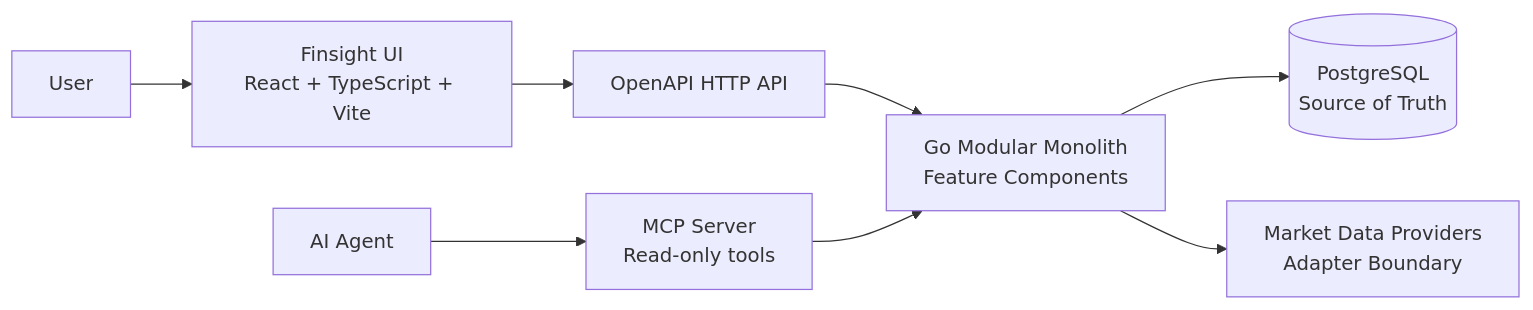
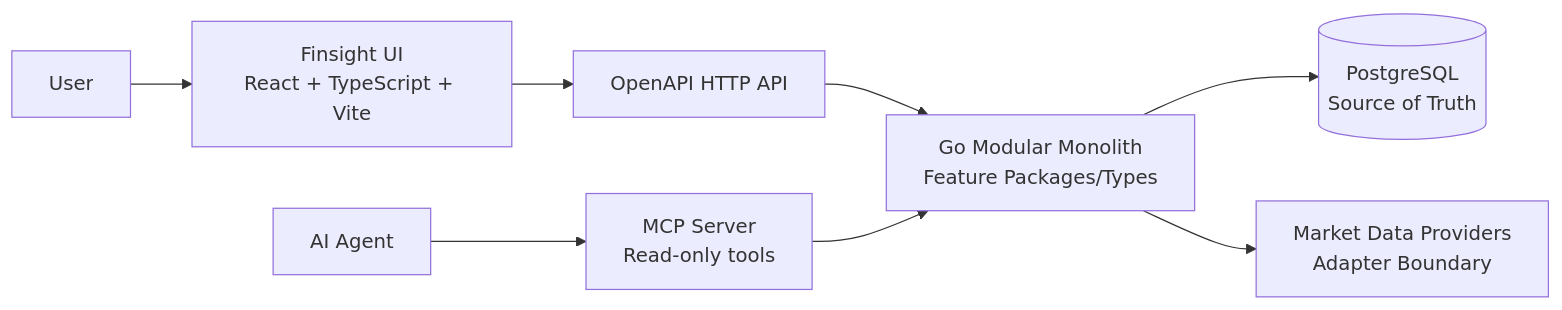
The first of 4 diagrams in docs/architecture.md (finsight-org/finsight), drawn with Mermaid before and after one commit. The commit also changed other lines of this file and 67 other files, not shown here.

First line of the commit message:
Refactor backend to direct sqlc feature components (#21)

````diff
--- a/docs/architecture.md
+++ b/docs/architecture.md
@@ -34,22 +34,22 @@
 ```mermaid
 flowchart LR
     User[User]
     Agent[AI Agent]
 
     UI[Finsight UI<br/>React + TypeScript + Vite]
     API[OpenAPI HTTP API]
     MCP[MCP Server<br/>Read-only tools]
-    App[Go Modular Monolith<br/>Feature Components]
+    App[Go Modular Monolith<br/>Feature Packages/Types]
     DB[(PostgreSQL<br/>Source of Truth)]
     Provider[Market Data Providers<br/>Adapter Boundary]
 
     User --> UI
     UI --> API
     API --> App
 
     Agent --> MCP
     MCP --> App
 
     App --> DB
     App --> Provider
 ```
````
